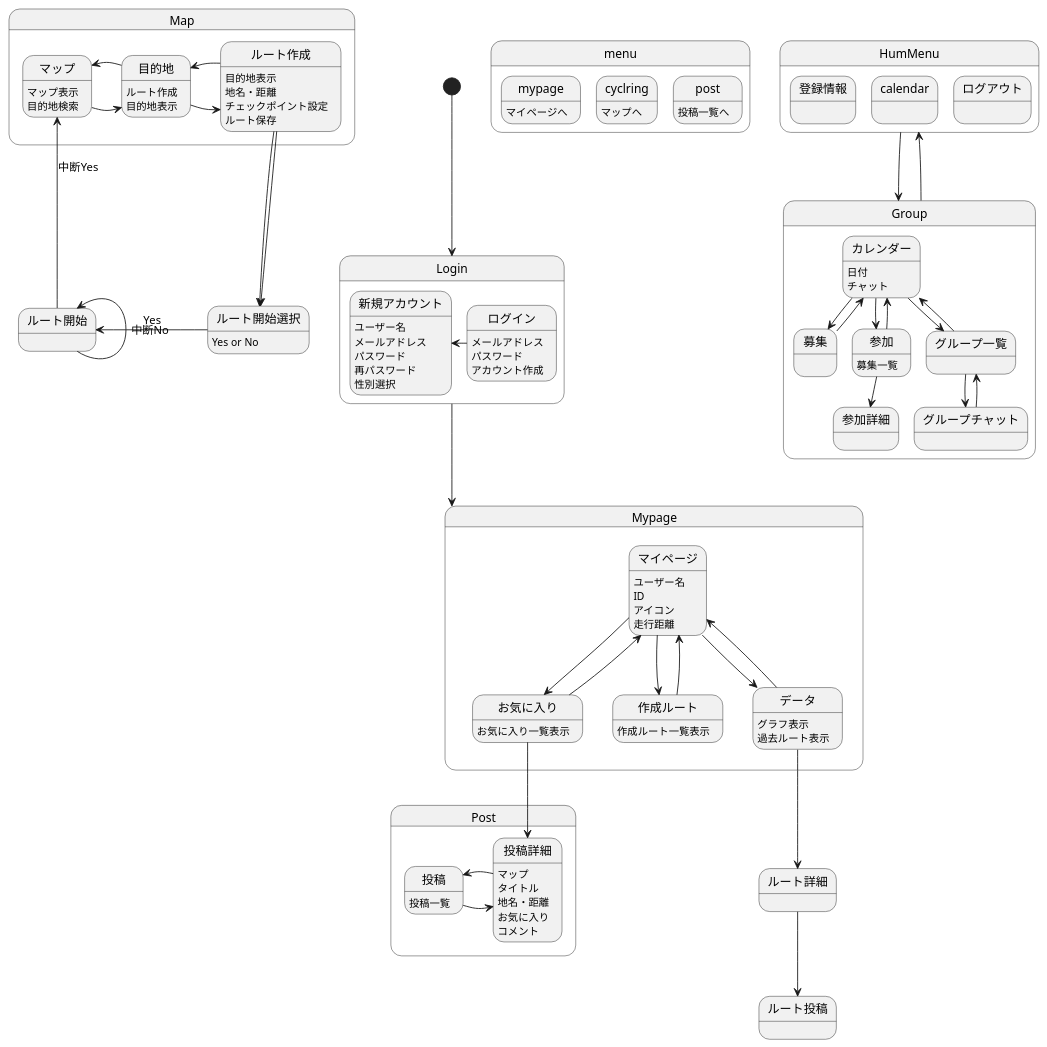
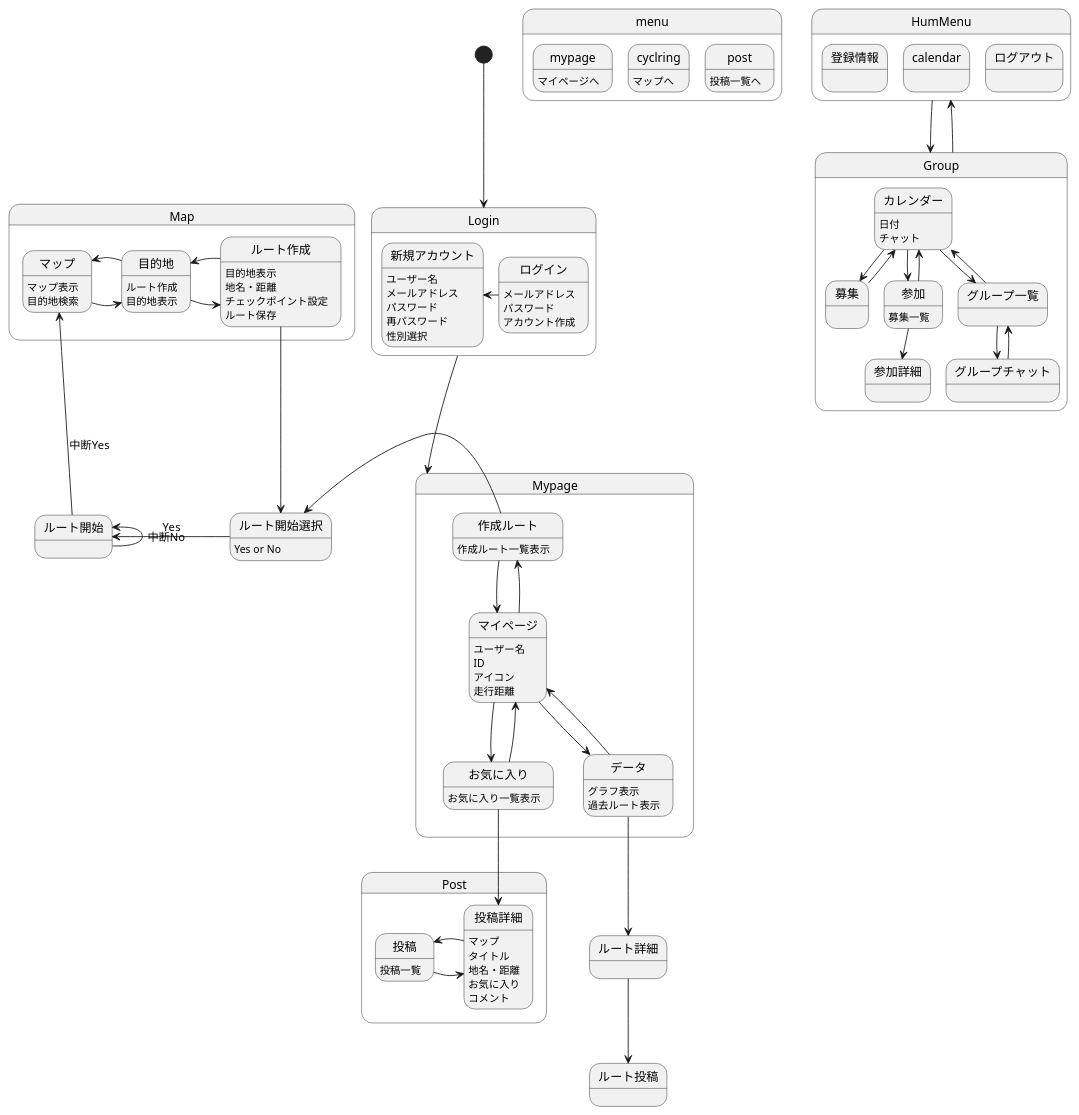
Before and after one commit to AsoSD3A3/CyclingSystem: the diagram in 画面遷移図/gm.md, drawn with PlantUML.

```diff
--- a/画面遷移図/gm.md
+++ b/画面遷移図/gm.md
@@ -87,7 +87,7 @@
 ルート開始選択-left->ルート開始 :Yes
 ルート開始-up->ルート開始 :中断No
 ルート開始-up->マップ :中断Yes
-ルート作成-left->ルート開始選択
+作成ルート-left->ルート開始選択
 
 state Post{
 投稿:投稿一覧
```
